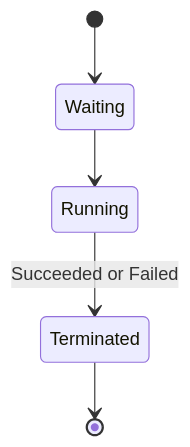
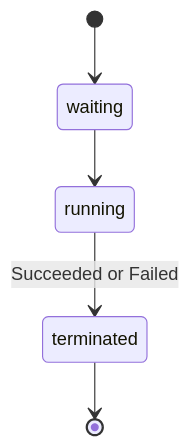
One commit to MrSeekatar/K8sUtils changed the third of 3 diagrams in README.md. Above: the diagram before and after it, drawn with Mermaid. The commit also changed other lines of this file and 9 other files, not shown here.

````diff
--- a/README.md
+++ b/README.md
@@ -207,7 +212,7 @@
 ```mermaid
 stateDiagram
-    [*] --> Waiting
-    Waiting --> Running
-    Running --> Terminated: Succeeded or Failed
-    Terminated --> [*]
+    [*] --> waiting
+    waiting --> running
+    running --> terminated: Succeeded or Failed
+    terminated --> [*]
 ```
````
